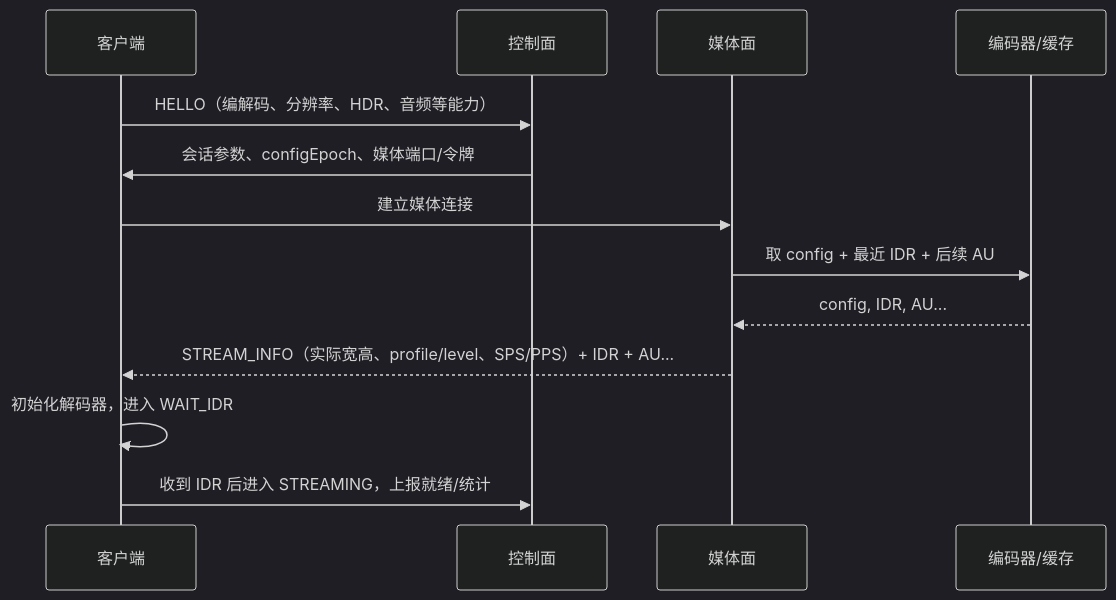
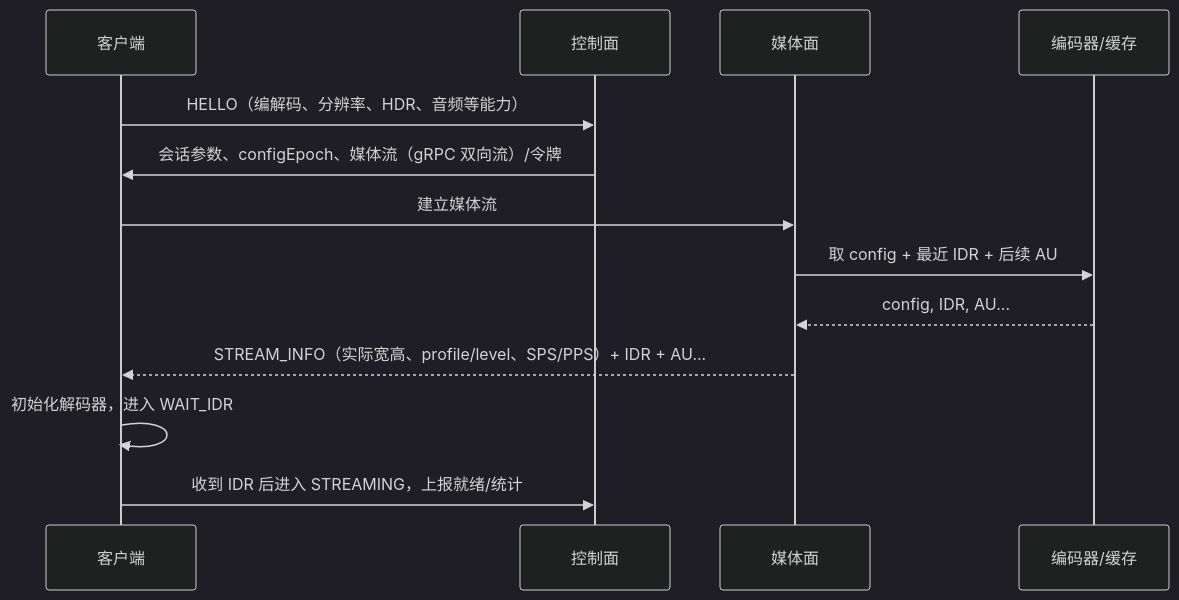
One commit to obby-xiang/LocalScreenShareAndroid changed the fourth of 8 diagrams in docs/media-architecture.md. Above: the diagram before and after it, drawn with Mermaid (dark theme). The commit also changed other lines of this file and 6 other files, not shown here.

````diff
--- a/docs/media-architecture.md
+++ b/docs/media-architecture.md
@@ -241,16 +243,16 @@
 ```mermaid
 sequenceDiagram
     participant C as 客户端
     participant CP as 控制面
     participant M as 媒体面
     participant E as 编码器/缓存
 
     C->>CP: HELLO（编解码、分辨率、HDR、音频等能力）
-    CP->>C: 会话参数、configEpoch、媒体端口/令牌
-    C->>M: 建立媒体连接
+    CP->>C: 会话参数、configEpoch、媒体流（gRPC 双向流）/令牌
+    C->>M: 建立媒体流
     M->>E: 取 config + 最近 IDR + 后续 AU
     E-->>M: config, IDR, AU...
     M-->>C: STREAM_INFO（实际宽高、profile/level、SPS/PPS）+ IDR + AU...
     C->>C: 初始化解码器，进入 WAIT_IDR
     C->>CP: 收到 IDR 后进入 STREAMING，上报就绪/统计
 ```
````
